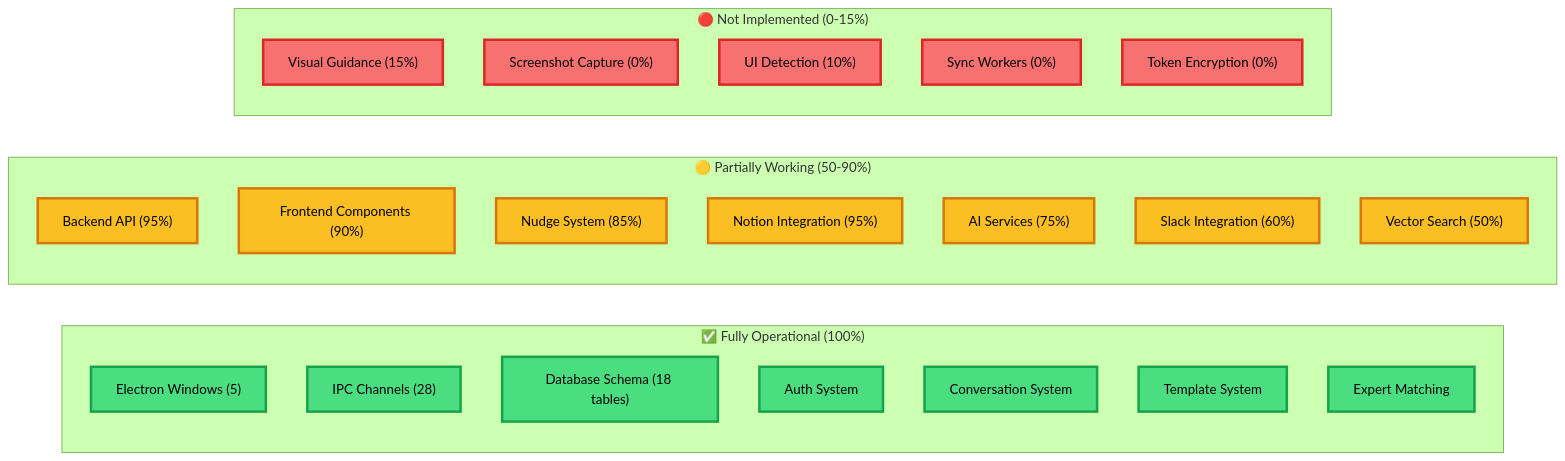
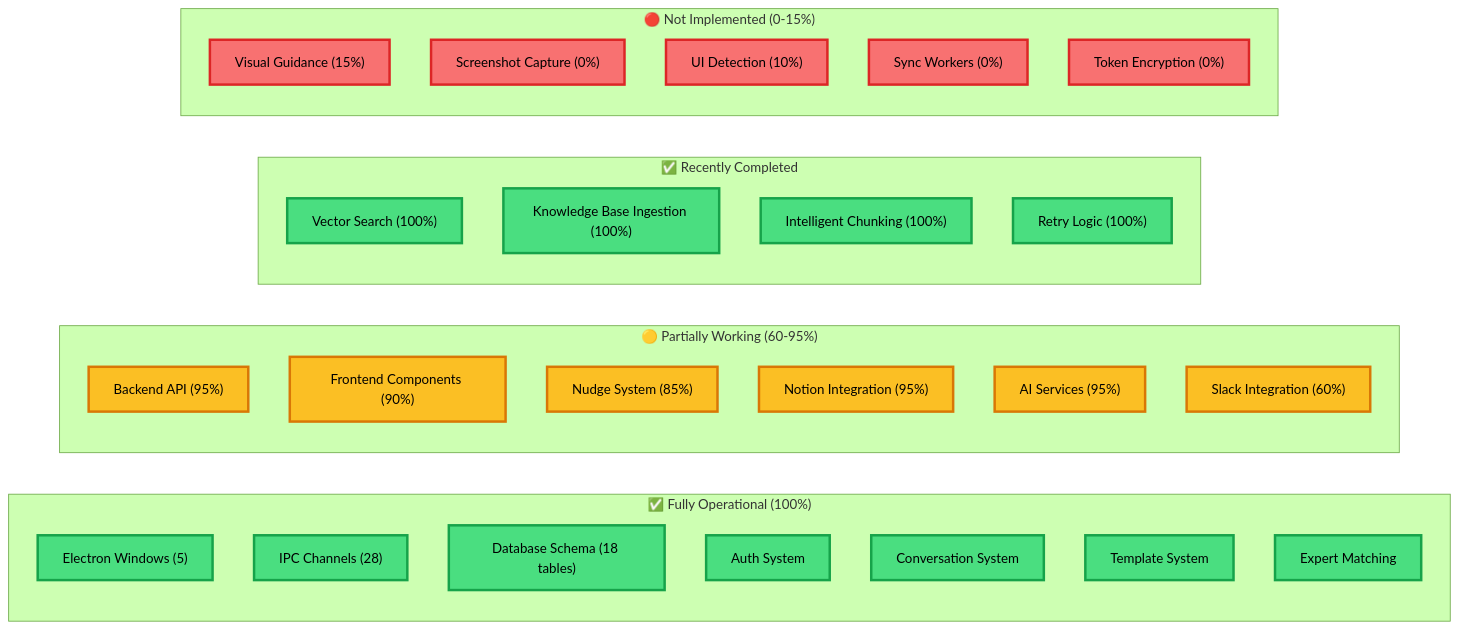
The eighth of 9 diagrams in docs/current_architecture_visual.md (Febchuk/mitable), drawn with Mermaid (forest theme) before and after one commit. The commit also changed other lines of this file and 9 other files, not shown here.

First line of the commit message:
Added intelligent chunking and retry logic for rate limits to ingestion.service.ts

````diff
--- a/docs/current_architecture_visual.md
+++ b/docs/current_architecture_visual.md
@@ -574,38 +583,44 @@
 ```mermaid
 graph LR
     subgraph "✅ Fully Operational (100%)"
         A1["Electron Windows (5)"]
         A2["IPC Channels (28)"]
         A3["Database Schema (18 tables)"]
         A4["Auth System"]
         A5["Conversation System"]
         A6["Template System"]
         A7["Expert Matching"]
     end
 
-    subgraph "🟡 Partially Working (50-90%)"
+    subgraph "🟡 Partially Working (60-95%)"
         B1["Backend API (95%)"]
         B2["Frontend Components (90%)"]
         B3["Nudge System (85%)"]
         B4["Notion Integration (95%)"]
-        B5["AI Services (75%)"]
+        B5["AI Services (95%)"]
         B6["Slack Integration (60%)"]
-        B7["Vector Search (50%)"]
+    end
+
+    subgraph "✅ Recently Completed"
+        B7["Vector Search (100%)"]
+        B8["Knowledge Base Ingestion (100%)"]
+        B9["Intelligent Chunking (100%)"]
+        B10["Retry Logic (100%)"]
     end
 
     subgraph "🔴 Not Implemented (0-15%)"
         C1["Visual Guidance (15%)"]
         C2["Screenshot Capture (0%)"]
         C3["UI Detection (10%)"]
         C4["Sync Workers (0%)"]
         C5["Token Encryption (0%)"]
     end
 
     classDef green fill:#4ade80,stroke:#16a34a,stroke-width:3px,color:#000
     classDef yellow fill:#fbbf24,stroke:#d97706,stroke-width:3px,color:#000
     classDef red fill:#f87171,stroke:#dc2626,stroke-width:3px,color:#000
 
-    class A1,A2,A3,A4,A5,A6,A7 green
-    class B1,B2,B3,B4,B5,B6,B7 yellow
+    class A1,A2,A3,A4,A5,A6,A7,B7,B8,B9,B10 green
+    class B1,B2,B3,B4,B5,B6 yellow
     class C1,C2,C3,C4,C5 red
 ```
````
